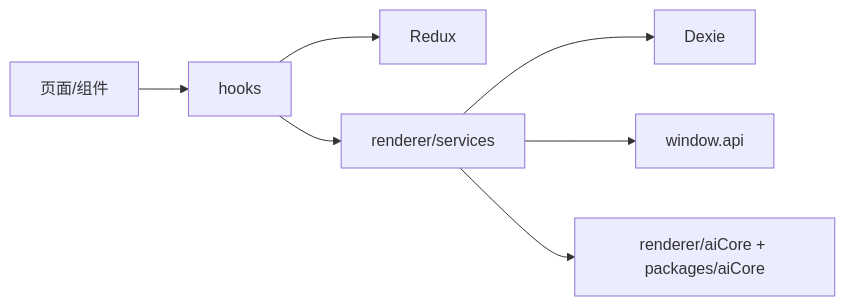
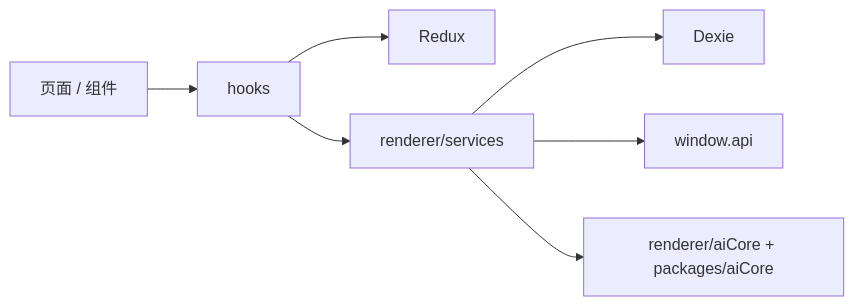
The diagram in docs/zh/architecture/04-渲染进程/README.md (Little-LittleProgrammer/cherry-studio), drawn with Mermaid before and after one commit. The commit also changed other lines of this file and 16 other files, not shown here.

First line of the commit message:
Update .gitignore and enhance architecture documentation

````diff
--- a/docs/zh/architecture/04-渲染进程/README.md
+++ b/docs/zh/architecture/04-渲染进程/README.md
@@ -109,17 +114,17 @@
 ```mermaid
 flowchart LR
-  UI[页面/组件]
+  UI[页面 / 组件]
   Hooks[hooks]
   Store[Redux]
   Services[renderer/services]
   DB[Dexie]
   API[window.api]
   Ai[renderer/aiCore + packages/aiCore]
 
   UI --> Hooks
   Hooks --> Store
   Hooks --> Services
   Services --> DB
   Services --> API
   Services --> Ai
 ```
````
